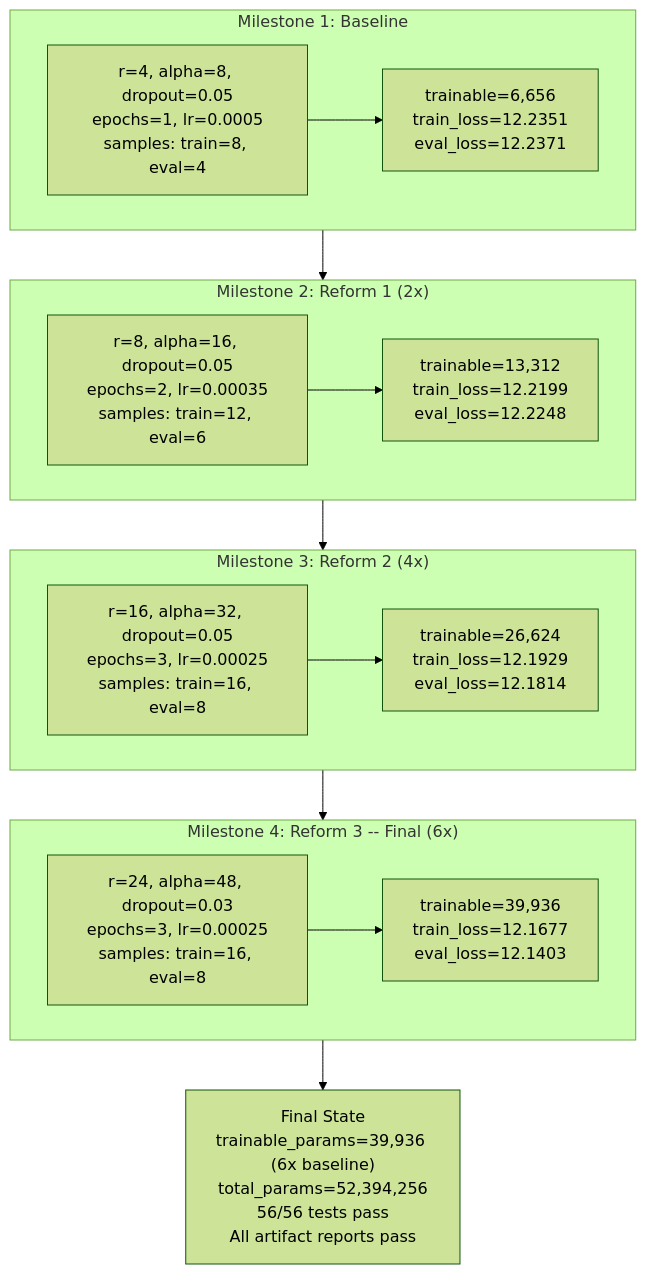
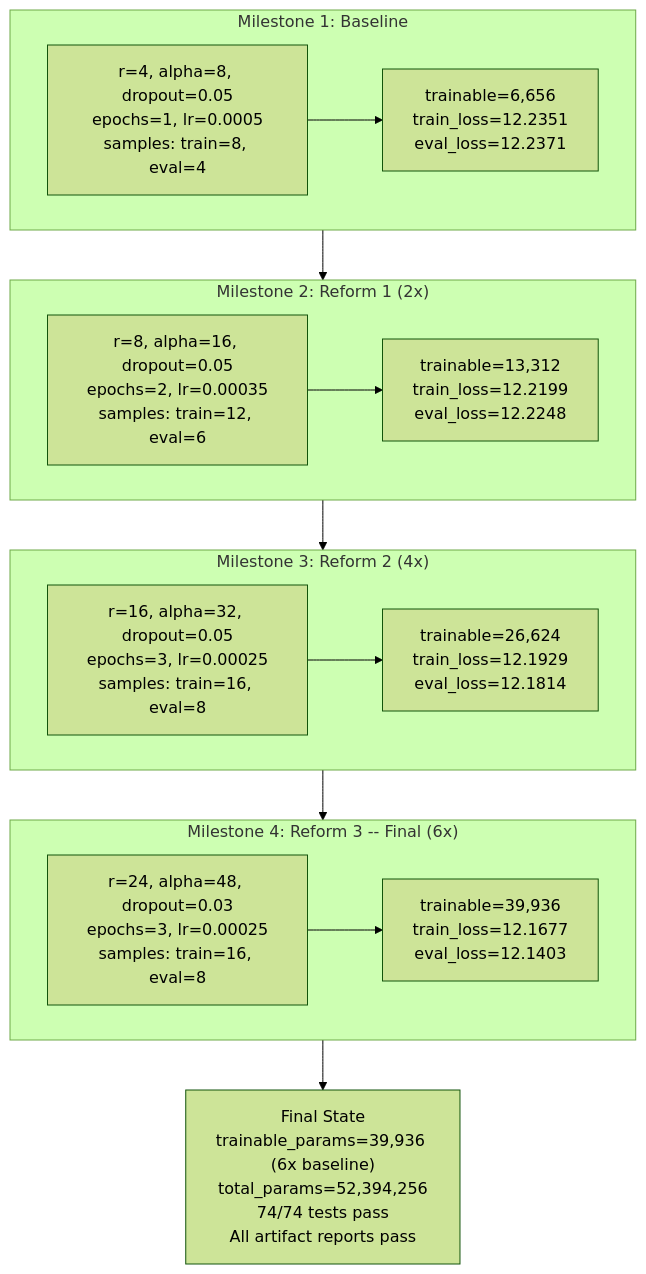
Diagram 17 of 19 in README.md (DeepThinkingFlow/DeepThinkingFlow-AI), drawn with Mermaid (forest theme) before and after one commit. The commit also changed other lines of this file and 37 other files, not shown here.

````diff
--- a/README.md
+++ b/README.md
@@ -1057,30 +1265,30 @@
 ```mermaid
 flowchart TD
     subgraph M1["Milestone 1: Baseline"]
         M1C["r=4, alpha=8, dropout=0.05<br/>epochs=1, lr=0.0005<br/>samples: train=8, eval=4"]
         M1R["trainable=6,656<br/>train_loss=12.2351<br/>eval_loss=12.2371"]
         M1C --> M1R
     end
 
     subgraph M2["Milestone 2: Reform 1 (2x)"]
         M2C["r=8, alpha=16, dropout=0.05<br/>epochs=2, lr=0.00035<br/>samples: train=12, eval=6"]
         M2R["trainable=13,312<br/>train_loss=12.2199<br/>eval_loss=12.2248"]
         M2C --> M2R
     end
 
     subgraph M3["Milestone 3: Reform 2 (4x)"]
         M3C["r=16, alpha=32, dropout=0.05<br/>epochs=3, lr=0.00025<br/>samples: train=16, eval=8"]
         M3R["trainable=26,624<br/>train_loss=12.1929<br/>eval_loss=12.1814"]
         M3C --> M3R
     end
 
     subgraph M4["Milestone 4: Reform 3 -- Final (6x)"]
         M4C["r=24, alpha=48, dropout=0.03<br/>epochs=3, lr=0.00025<br/>samples: train=16, eval=8"]
         M4R["trainable=39,936<br/>train_loss=12.1677<br/>eval_loss=12.1403"]
         M4C --> M4R
     end
 
     M1 --> M2 --> M3 --> M4
 
-    M4 --> FINAL["Final State<br/>trainable_params=39,936 (6x baseline)<br/>total_params=52,394,256<br/>56/56 tests pass<br/>All artifact reports pass"]
+    M4 --> FINAL["Final State<br/>trainable_params=39,936 (6x baseline)<br/>total_params=52,394,256<br/>74/74 tests pass<br/>All artifact reports pass"]
 ```
````
